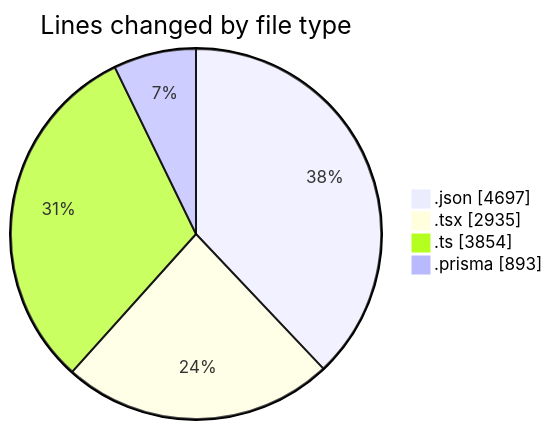
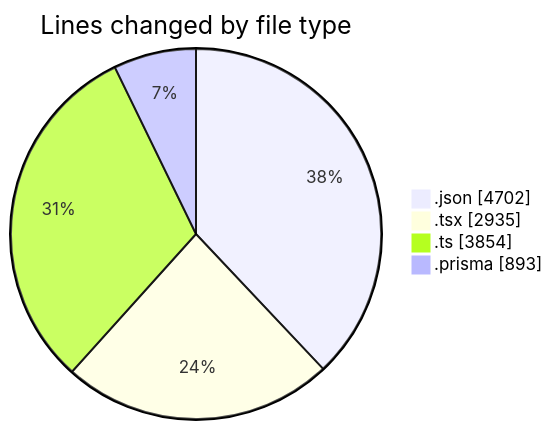
One commit to CELIANVF/code-tracking changed the first of 2 diagrams in 2025-05-05/ecodeli/README.md. Above: the diagram before and after it, drawn with Mermaid. The commit also changed other lines of this file and 1 other file, not shown here.

````diff
--- a/2025-05-05/ecodeli/README.md
+++ b/2025-05-05/ecodeli/README.md
@@ -46,8 +46,8 @@
 ```mermaid
 pie showData
 title Lines changed by file type
-".json" : 4697
+".json" : 4702
 ".tsx" : 2935
 ".ts" : 3854
 ".prisma" : 893
 ```
````
